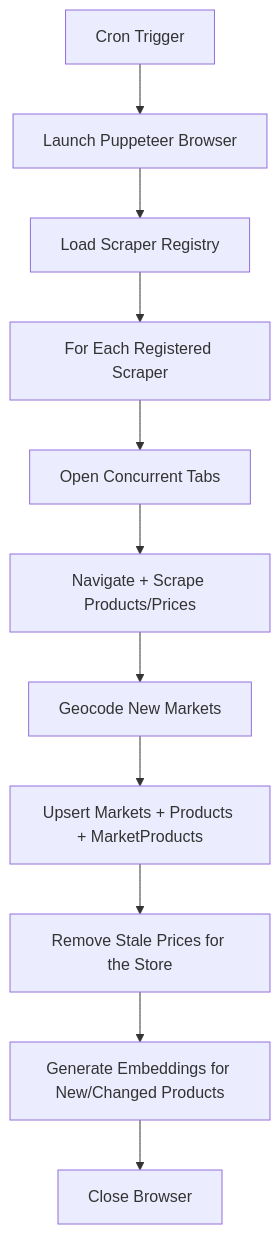
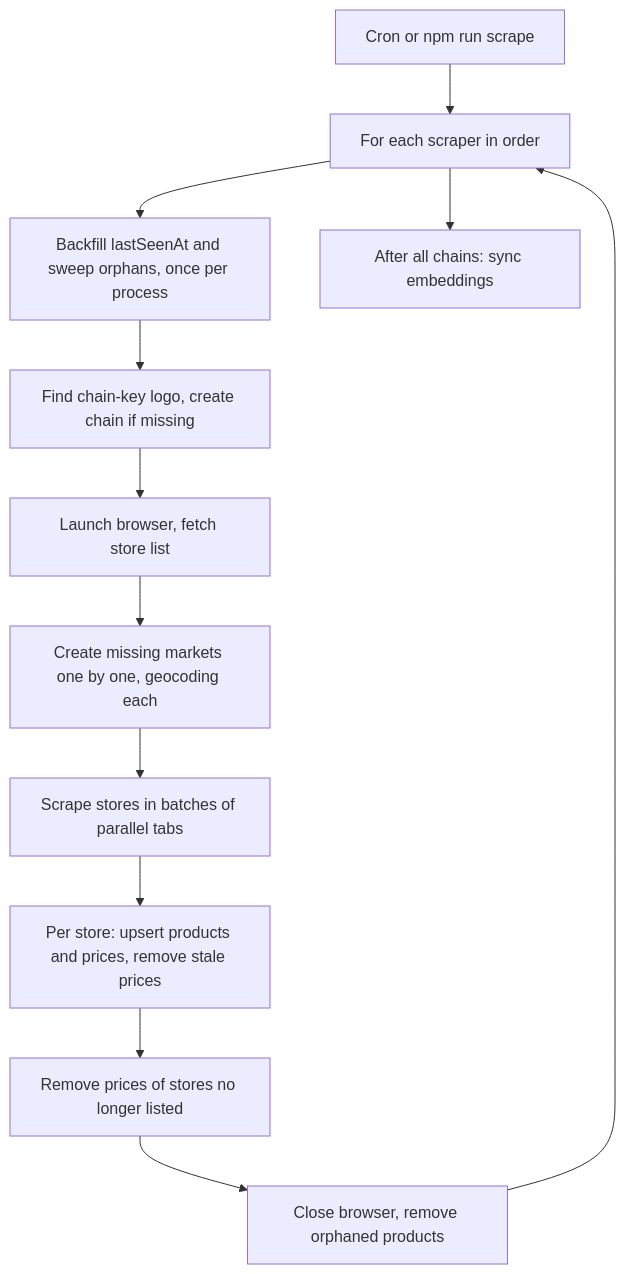
Before and after one commit to martintrifunov/obrok: the diagram in apps/docs/backend/modules/scraper.md, drawn with Mermaid. The commit also changed other lines of this file and 13 other files, not shown here.

````diff
--- a/apps/docs/backend/modules/scraper.md
+++ b/apps/docs/backend/modules/scraper.md
@@ -43,13 +56,14 @@
 ```mermaid
 flowchart TD
-    A[Cron Trigger] --> B[Launch Puppeteer Browser]
-    B --> C[Load Scraper Registry]
-    C --> D[For Each Registered Scraper]
-    D --> E[Open Concurrent Tabs]
-    E --> F[Navigate + Scrape Products/Prices]
-    F --> G[Geocode New Markets]
-    G --> H[Upsert Markets + Products + MarketProducts]
-    H --> H2[Remove Stale Prices for the Store]
-    H2 --> I[Generate Embeddings for New/Changed Products]
-    I --> J[Close Browser]
+    A[Cron or npm run scrape] --> B[For each scraper in order]
+    B --> C[Backfill lastSeenAt and sweep orphans, once per process]
+    C --> D[Find chain-key logo, create chain if missing]
+    D --> E[Launch browser, fetch store list]
+    E --> F[Create missing markets one by one, geocoding each]
+    F --> G[Scrape stores in batches of parallel tabs]
+    G --> H[Per store: upsert products and prices, remove stale prices]
+    H --> I[Remove prices of stores no longer listed]
+    I --> J[Close browser, remove orphaned products]
+    J --> B
+    B --> K[After all chains: sync embeddings]
 ```
````
